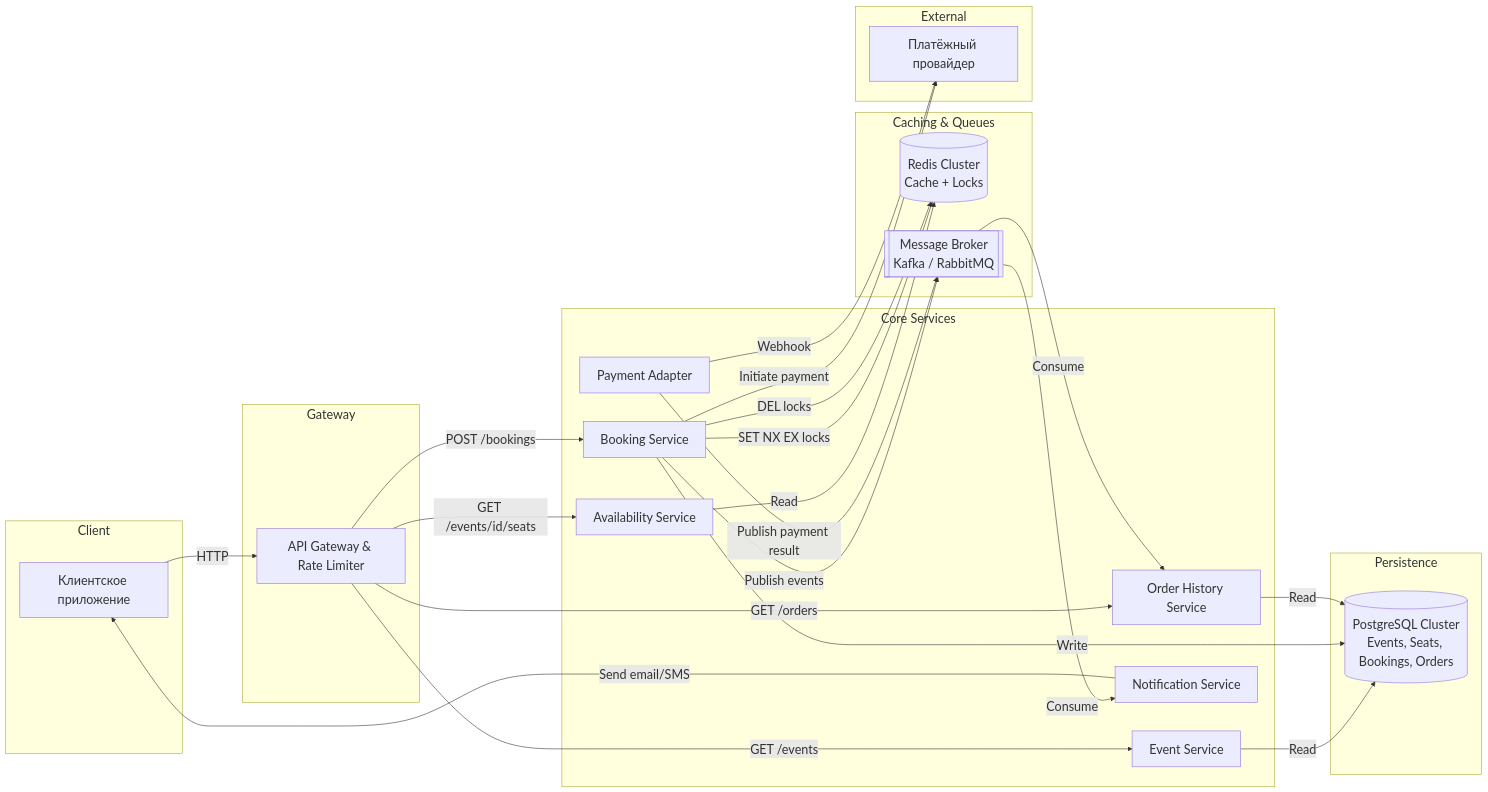
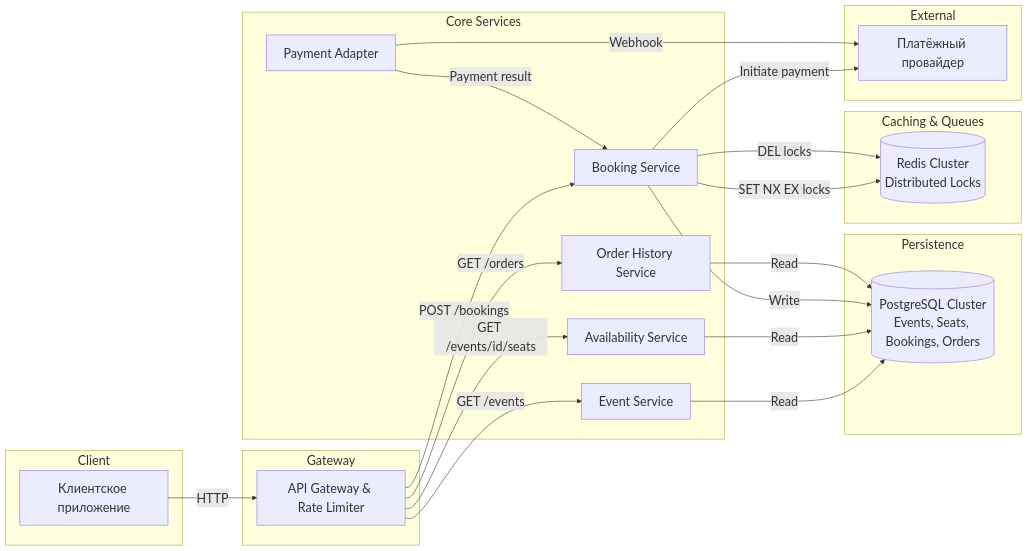
One commit to GeorgeD615/ticket-booking-service changed the second of 2 diagrams in dev-solution.md. Above: the diagram before and after it, drawn with Mermaid. The commit also changed other lines of this file, not shown here.

````diff
--- a/dev-solution.md
+++ b/dev-solution.md
@@ -318,57 +312,50 @@
 ```mermaid
 %%{init: {"themeVariables": {"fontSize": "22px"}}}%%
 graph LR
   subgraph Client
     UserApp[Клиентское приложение]
   end
   
   subgraph Gateway
     APIGateway[API Gateway & Rate Limiter]
   end
   
   subgraph Core Services
     EventService[Event Service]
     AvailabilityService[Availability Service]
     BookingService[Booking Service]
     PaymentAdapter[Payment Adapter]
     OrderHistoryService[Order History Service]
-    NotificationService[Notification Service]
   end
   
   subgraph Caching & Queues
-    RedisCache[(Redis Cluster<br/>Cache + Locks)]
-    Broker[[Message Broker<br/>Kafka / RabbitMQ]]
+    RedisCache[(Redis Cluster<br/>Distributed Locks)]
   end
 
   subgraph Persistence
     PostgresDB[(PostgreSQL Cluster<br/>Events, Seats, Bookings, Orders)]
   end
   
   subgraph External
     PaymentProvider[Платёжный провайдер]
   end
 
   UserApp -->|HTTP| APIGateway
   APIGateway -->|GET /events| EventService
   APIGateway -->|GET /events/id/seats| AvailabilityService
   APIGateway -->|POST /bookings| BookingService
   APIGateway -->|GET /orders| OrderHistoryService
   
   EventService -->|Read| PostgresDB
-  AvailabilityService -->|Read| RedisCache
+  AvailabilityService -->|Read| PostgresDB
   
   BookingService -->|SET NX EX locks| RedisCache
   BookingService -->|DEL locks| RedisCache
   BookingService -->|Write| PostgresDB
-  BookingService -->|Publish events| Broker
   BookingService -->|Initiate payment| PaymentProvider
   
   PaymentAdapter -->|Webhook| PaymentProvider
-  PaymentAdapter -->|Publish payment result| Broker
-  
-  Broker -->|Consume| OrderHistoryService
-  Broker -->|Consume| NotificationService
+  PaymentAdapter -->|Payment result| BookingService
   
   OrderHistoryService -->|Read| PostgresDB
-  NotificationService -->|Send email/SMS| UserApp
 ```
````
